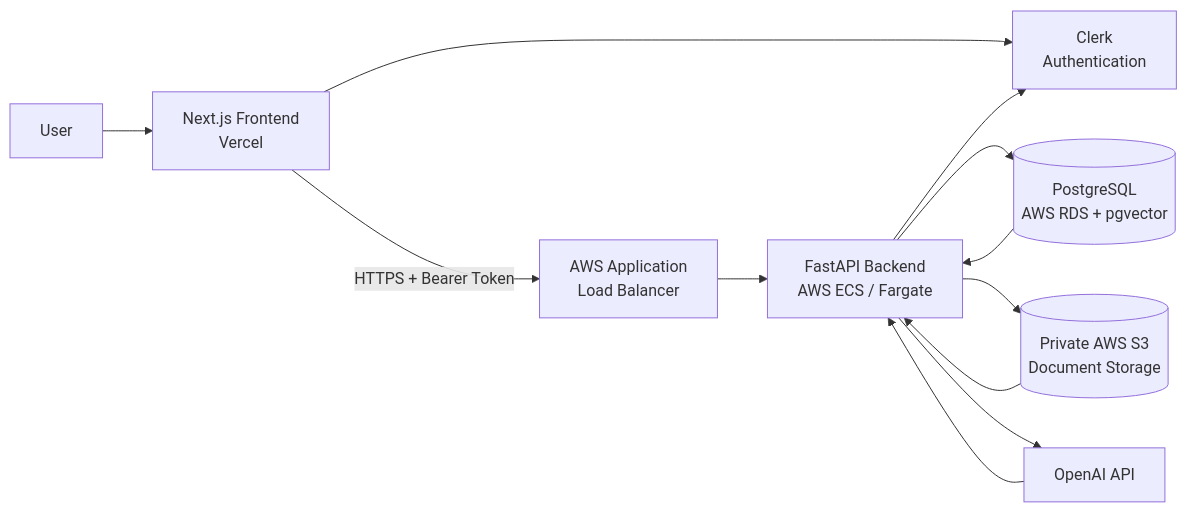
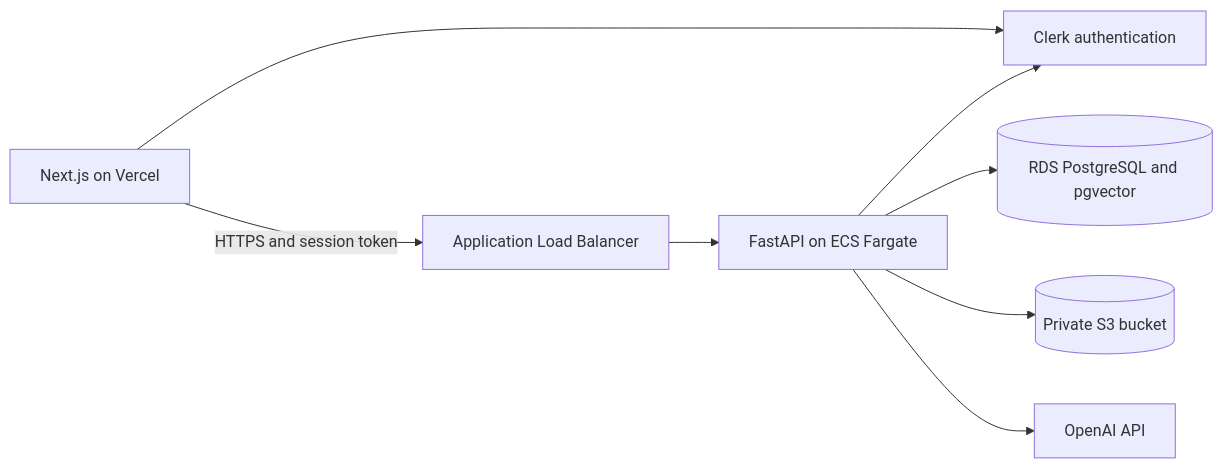
The diagram in README.md (osazee-ero/contextly), drawn with Mermaid before and after one commit. The commit also changed other lines of this file, not shown here.

Commit message:
Clarify project scope, architecture, setup, and limitations

````diff
--- a/README.md
+++ b/README.md
@@ -64,18 +39,10 @@
 ```mermaid
 flowchart LR
-    U[User] --> FE[Next.js Frontend<br/>Vercel]
-
-    FE --> AUTH[Clerk<br/>Authentication]
-    FE -->|HTTPS + Bearer Token| ALB[AWS Application<br/>Load Balancer]
-
-    ALB --> API[FastAPI Backend<br/>AWS ECS / Fargate]
-
-    API --> AUTH
-    API --> DB[(PostgreSQL<br/>AWS RDS + pgvector)]
-    API --> S3[(Private AWS S3<br/>Document Storage)]
-    API --> OAI[OpenAI API]
-
-    DB --> API
-    S3 --> API
-    OAI --> API
+    Browser[Next.js on Vercel] --> Clerk[Clerk authentication]
+    Browser -->|HTTPS and session token| ALB[Application Load Balancer]
+    ALB --> API[FastAPI on ECS Fargate]
+    API --> Clerk
+    API --> DB[(RDS PostgreSQL and pgvector)]
+    API --> Storage[(Private S3 bucket)]
+    API --> OpenAI[OpenAI API]
 ```
````
